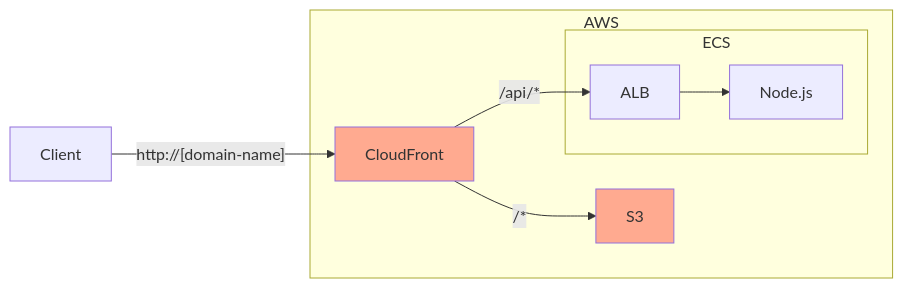
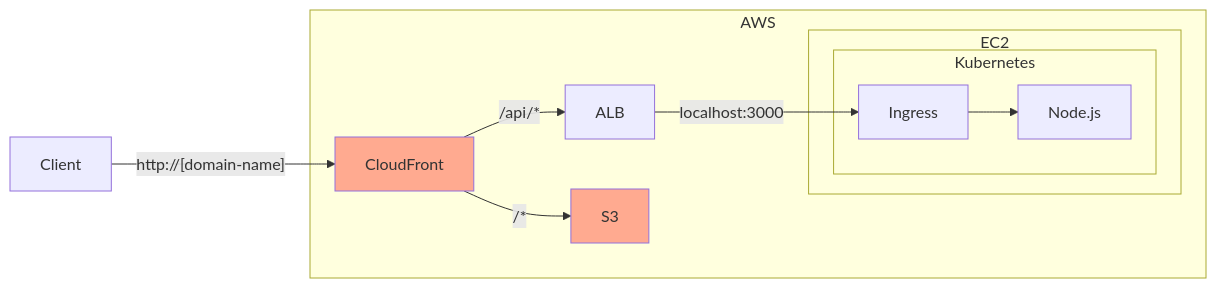
Before and after one commit to skkuding/cookbook: the diagram in content/docs/infra/7. Terraform.md, drawn with Mermaid. The commit also changed other lines of this file and 4 other files, not shown here.

````diff
--- a/content/docs/infra/7. Terraform.md
+++ b/content/docs/infra/7. Terraform.md
@@ -48,13 +48,16 @@
 ```mermaid
 flowchart LR
   subgraph AWS
-    subgraph ECS
-      ALB --> Node.js
+    subgraph EC2
+      subgraph Kubernetes
+        Ingress --> Node.js
+      end
     end
+    ALB -- localhost:3000 --> Ingress
     CloudFront -- /api/* --> ALB
     CloudFront -- /* --> S3
     style CloudFront fill:#ffaa90
     style S3 fill:#ffaa90
   end
   Client -- http://[domain-name] --> CloudFront
 ```
````
